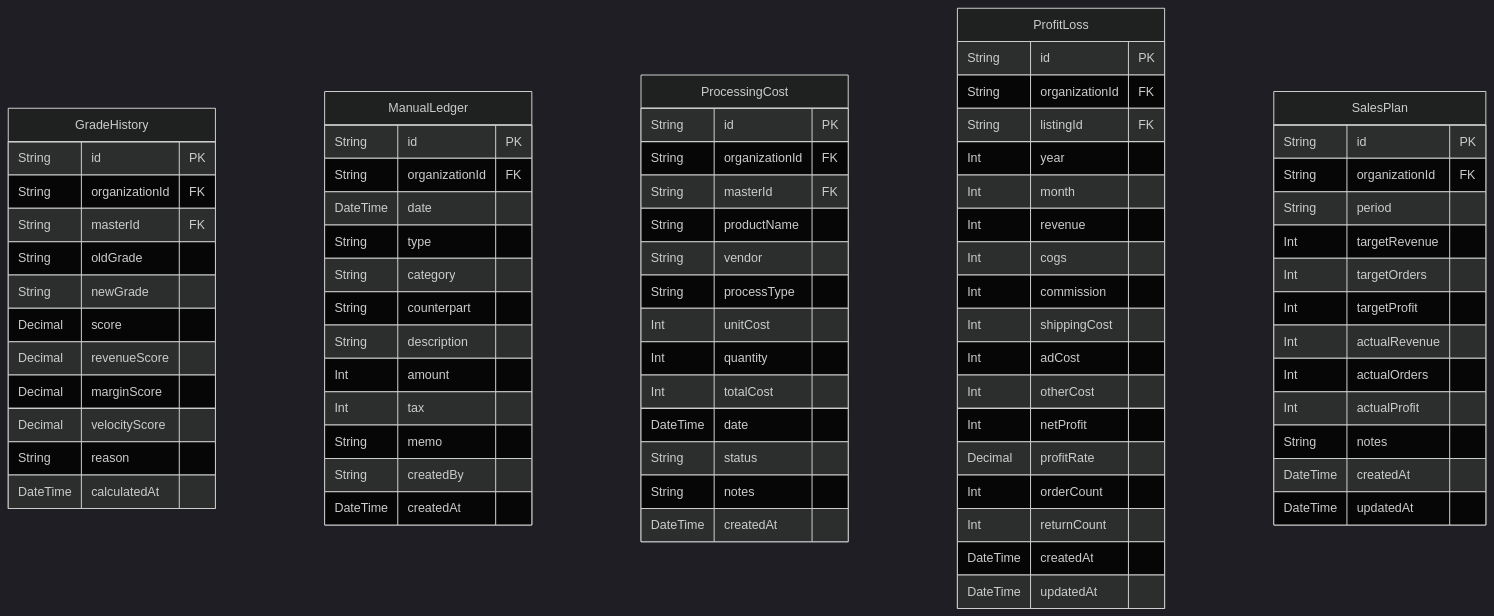
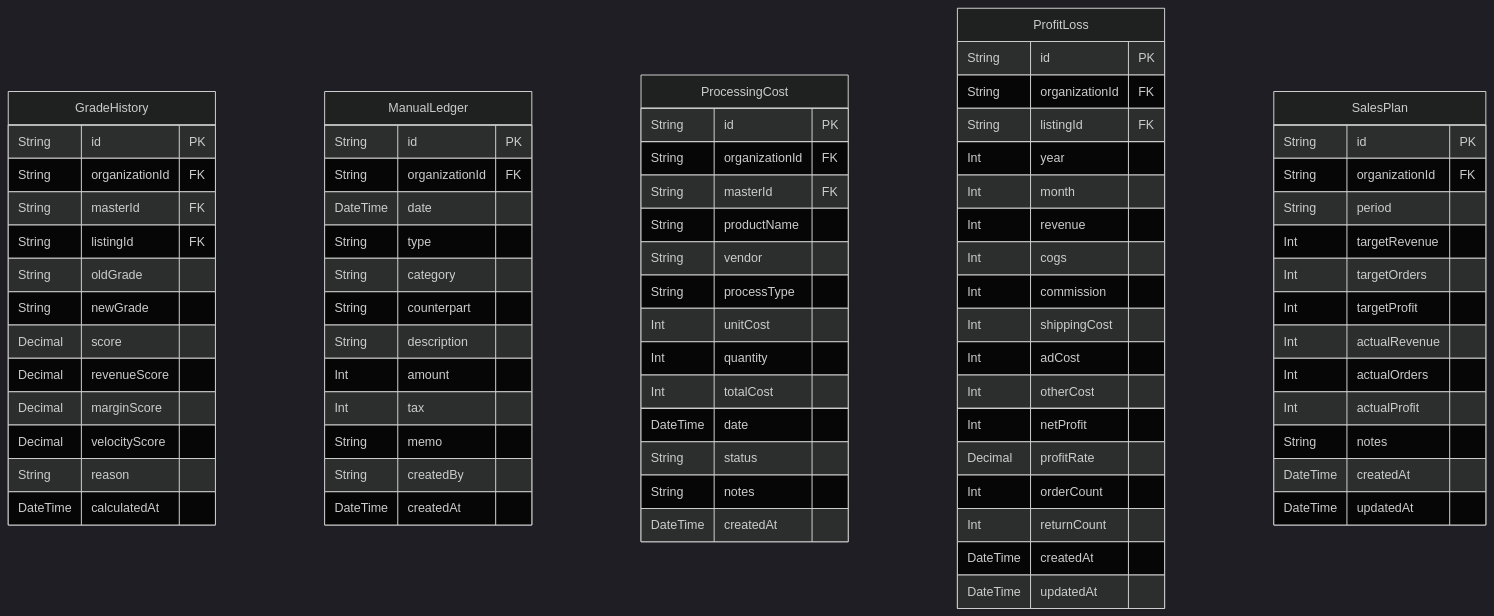
One commit to AgentFoundry-Labs/kiditem changed the diagram in docs/erd/finance.md. Above: the diagram before and after it, drawn with Mermaid (dark theme). The commit also changed other lines of this file and 55 other files, not shown here.

````diff
--- a/docs/erd/finance.md
+++ b/docs/erd/finance.md
@@ -20,78 +20,79 @@
 ```mermaid
 erDiagram
   GradeHistory {
     String id PK
     String organizationId FK
     String masterId FK
+    String listingId FK
     String oldGrade
     String newGrade
     Decimal score
     Decimal revenueScore
     Decimal marginScore
     Decimal velocityScore
     String reason
     DateTime calculatedAt
   }
   ManualLedger {
     String id PK
     String organizationId FK
     DateTime date
     String type
     String category
     String counterpart
     String description
     Int amount
     Int tax
     String memo
     String createdBy
     DateTime createdAt
   }
   ProcessingCost {
     String id PK
     String organizationId FK
     String masterId FK
     String productName
     String vendor
     String processType
     Int unitCost
     Int quantity
     Int totalCost
     DateTime date
     String status
     String notes
     DateTime createdAt
   }
   ProfitLoss {
     String id PK
     String organizationId FK
     String listingId FK
     Int year
     Int month
     Int revenue
     Int cogs
     Int commission
     Int shippingCost
     Int adCost
     Int otherCost
     Int netProfit
     Decimal profitRate
     Int orderCount
     Int returnCount
     DateTime createdAt
     DateTime updatedAt
   }
   SalesPlan {
     String id PK
     String organizationId FK
     String period
     Int targetRevenue
     Int targetOrders
     Int targetProfit
     Int actualRevenue
     Int actualOrders
     Int actualProfit
     String notes
     DateTime createdAt
     DateTime updatedAt
   }
 ```
````
